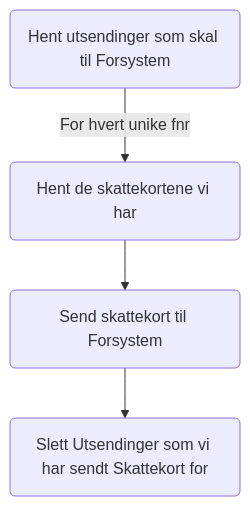
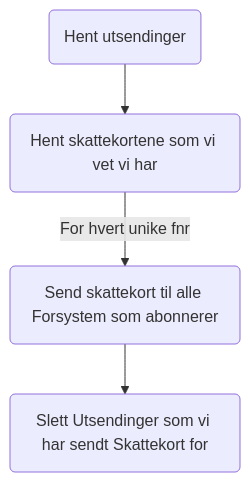
One commit to navikt/sokos-skattekort changed the seventh of 9 diagrams in dokumentasjon/arkitektur/workflows.md. Above: the diagram before and after it, drawn with Mermaid. The commit also changed other lines of this file and 1 other file, not shown here.

````diff
--- a/dokumentasjon/arkitektur/workflows.md
+++ b/dokumentasjon/arkitektur/workflows.md
@@ -98,5 +97,5 @@
 ```mermaid
 flowchart TD
-    U(Hent utsendinger som skal til Forsystem) -->|For hvert unike fnr| S(Hent de skattekortene vi har)
-    S --> SO(Send skattekort til Forsystem) --> SLETT(Slett Utsendinger som vi har sendt Skattekort for)
+    U(Hent utsendinger) --> S(Hent skattekortene som vi vet vi har)
+    S -->|For hvert unike fnr| SO(Send skattekort til alle Forsystem som abonnerer) --> SLETT(Slett Utsendinger som vi har sendt Skattekort for)
 ```
````
